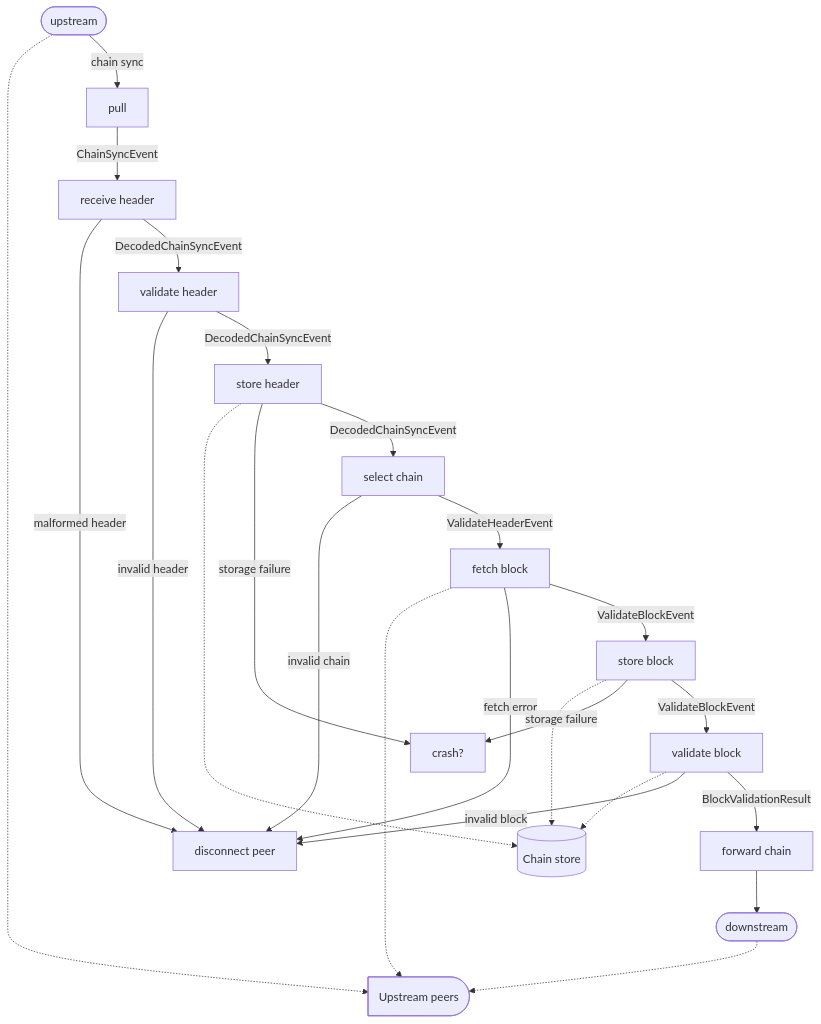
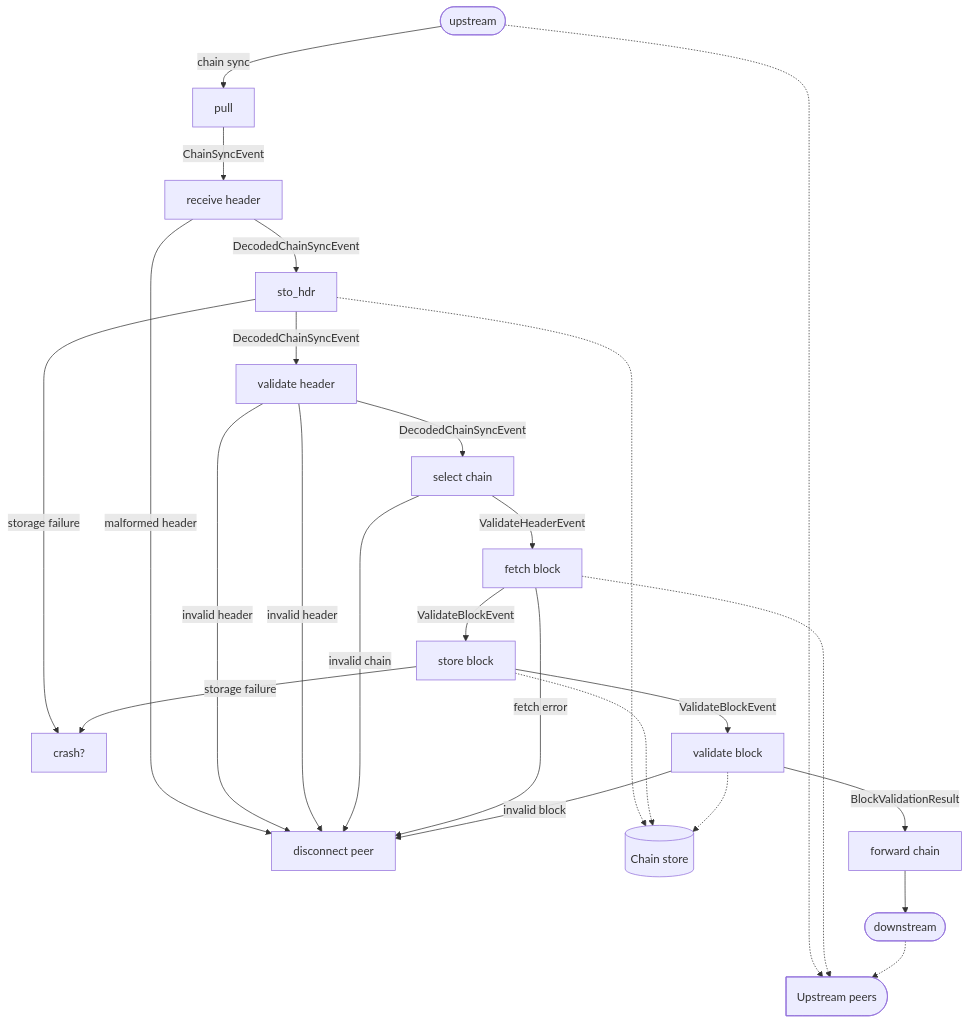
One commit to pragma-org/amaru changed the diagram in crates/amaru-consensus/README.md. Above: the diagram before and after it, drawn with Mermaid. The commit also changed 4 other files, not shown here.

Commit message:
feat: store header before validating it

````diff
--- a/crates/amaru-consensus/README.md
+++ b/crates/amaru-consensus/README.md
@@ -5,29 +5,30 @@
 ```mermaid
 graph TD
     disc[disconnect peer]
     net@{ shape: delay, label: "Upstream peers" }
     upstream([upstream]) -.-> net
     upstream -- chain sync --> pull
     pull -- ChainSyncEvent --> rcv[receive header]
     rcv -- malformed header --> disc
     val_hdr[validate header]
-    rcv -- DecodedChainSyncEvent --> val_hdr
-    val_hdr -- invalid header --> disc
-    val_hdr -- DecodedChainSyncEvent --> sto_hdr[store header]
+    rcv -- DecodedChainSyncEvent --> sto_hdr
     sto_hdr -.-> store@{ shape: cyl, label: "Chain store" }
     sto_hdr -- storage failure --> crash?
-    sto_hdr -- DecodedChainSyncEvent --> select[select chain]
+    sto_hdr -- DecodedChainSyncEvent --> val_hdr[validate header]
+    val_hdr -- invalid header --> disc
+    val_hdr -- DecodedChainSyncEvent --> select[select chain]
+    val_hdr -- invalid header --> disc
     select -- invalid chain --> disc
     select -- ValidateHeaderEvent --> fetch[fetch block]
     fetch -.-> net
     fetch -- fetch error --> disc
     fetch -- ValidateBlockEvent --> sto_block[store block]
     sto_block -.-> store
     sto_block -- storage failure --> crash?
     sto_block -- ValidateBlockEvent --> val_block[validate block]
     val_block -.-> store
     val_block -- invalid block --> disc
     val_block -- BlockValidationResult --> fwd[forward chain]
     fwd --> down([downstream])
     down -.-> net
 ```
````
